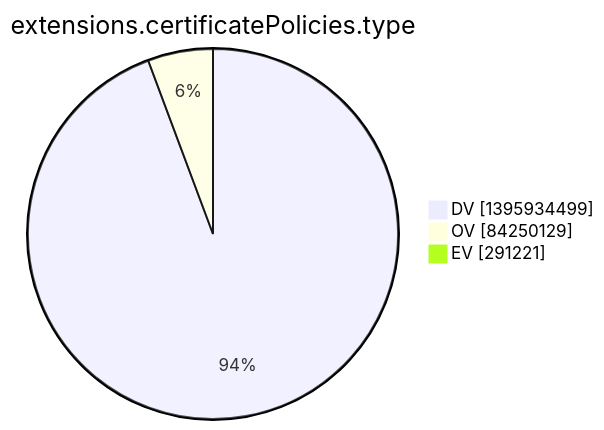
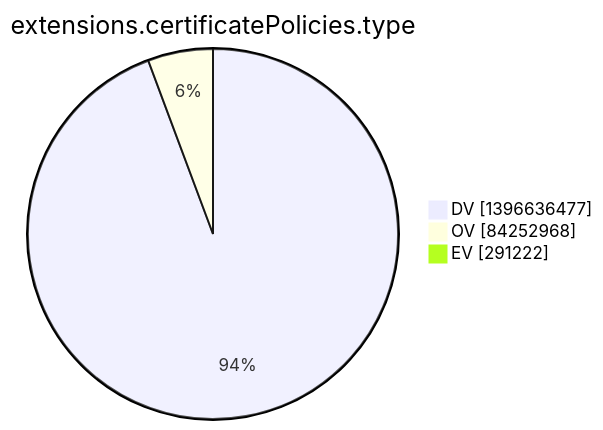
One commit to christiankrug/ctmonitor_visualization changed the tenth of 15 diagrams in argon2022/README.md. Above: the diagram before and after it, drawn with Mermaid. The commit also changed other lines of this file, not shown here.

````diff
--- a/argon2022/README.md
+++ b/argon2022/README.md
@@ -2773,7 +2773,7 @@
 ```mermaid
 pie showData
 title extensions.certificatePolicies.type
-"DV" :1395934499
-"OV" :84250129
-"EV" :291221
+"DV" :1396636477
+"OV" :84252968
+"EV" :291222
 ```
````
